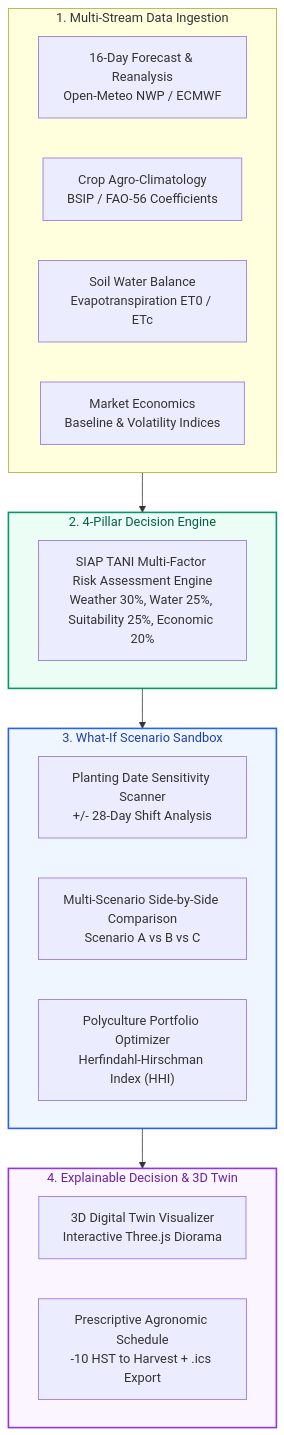
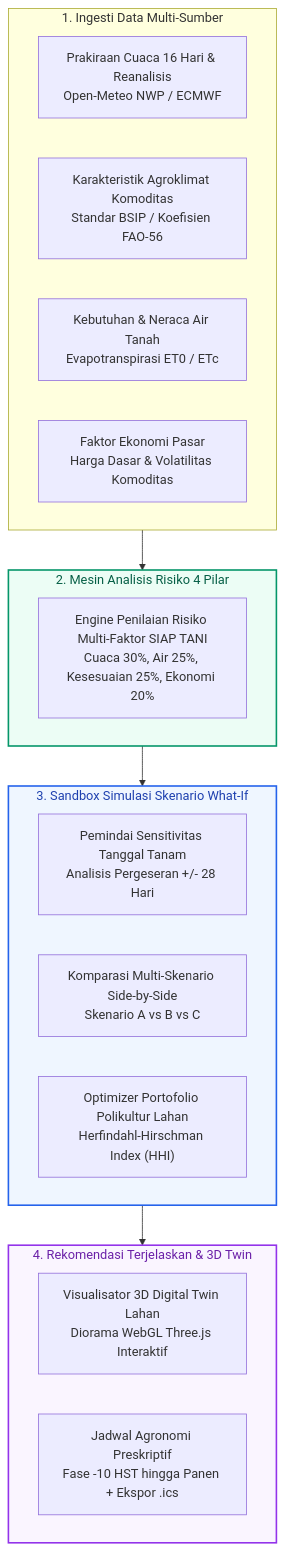
One commit to JoshNells13/UB-Holodev changed the second of 2 diagrams in README.md. Above: the diagram before and after it, drawn with Mermaid. The commit also changed other lines of this file, not shown here.

````diff
--- a/README.md
+++ b/README.md
@@ -74,32 +74,32 @@
 ```mermaid
 flowchart TD
-    subgraph DataInputs ["1. Multi-Stream Data Ingestion"]
-        A1["16-Day Forecast & Reanalysis<br/>Open-Meteo NWP / ECMWF"]
-        A2["Crop Agro-Climatology<br/>BSIP / FAO-56 Coefficients"]
-        A3["Soil Water Balance<br/>Evapotranspiration ET0 / ETc"]
-        A4["Market Economics<br/>Baseline & Volatility Indices"]
+    subgraph DataInputs ["1. Ingesti Data Multi-Sumber"]
+        A1["Prakiraan Cuaca 16 Hari & Reanalisis<br/>Open-Meteo NWP / ECMWF"]
+        A2["Karakteristik Agroklimat Komoditas<br/>Standar BSIP / Koefisien FAO-56"]
+        A3["Kebutuhan & Neraca Air Tanah<br/>Evapotranspirasi ET0 / ETc"]
+        A4["Faktor Ekonomi Pasar<br/>Harga Dasar & Volatilitas Komoditas"]
     end
 
-    subgraph Engine ["2. 4-Pillar Decision Engine"]
-        B["SIAP TANI Multi-Factor Risk Assessment Engine<br/>Weather 30%, Water 25%, Suitability 25%, Economic 20%"]
+    subgraph Engine ["2. Mesin Analisis Risiko 4 Pilar"]
+        B["Engine Penilaian Risiko Multi-Faktor SIAP TANI<br/>Cuaca 30%, Air 25%, Kesesuaian 25%, Ekonomi 20%"]
     end
 
-    subgraph Simulation ["3. What-If Scenario Sandbox"]
-        C1["Planting Date Sensitivity Scanner<br/>+/- 28-Day Shift Analysis"]
-        C2["Multi-Scenario Side-by-Side Comparison<br/>Scenario A vs B vs C"]
-        C3["Polyculture Portfolio Optimizer<br/>Herfindahl-Hirschman Index (HHI)"]
+    subgraph Simulation ["3. Sandbox Simulasi Skenario What-If"]
+        C1["Pemindai Sensitivitas Tanggal Tanam<br/>Analisis Pergeseran +/- 28 Hari"]
+        C2["Komparasi Multi-Skenario Side-by-Side<br/>Skenario A vs B vs C"]
+        C3["Optimizer Portofolio Polikultur Lahan<br/>Herfindahl-Hirschman Index (HHI)"]
     end
 
-    subgraph Output ["4. Explainable Decision & 3D Twin"]
-        D1["3D Digital Twin Visualizer<br/>Interactive Three.js Diorama"]
-        D2["Prescriptive Agronomic Schedule<br/>-10 HST to Harvest + .ics Export"]
+    subgraph Output ["4. Rekomendasi Terjelaskan & 3D Twin"]
+        D1["Visualisator 3D Digital Twin Lahan<br/>Diorama WebGL Three.js Interaktif"]
+        D2["Jadwal Agronomi Preskriptif<br/>Fase -10 HST hingga Panen + Ekspor .ics"]
     end
 
     DataInputs --> Engine
     Engine --> Simulation
     Simulation --> Output
 
     style Engine fill:#ecfdf5,stroke:#059669,stroke-width:2px,color:#065f46
     style Simulation fill:#eff6ff,stroke:#2563eb,stroke-width:2px,color:#1e40af
     style Output fill:#faf5ff,stroke:#9333ea,stroke-width:2px,color:#6b21a8
 ```
````
